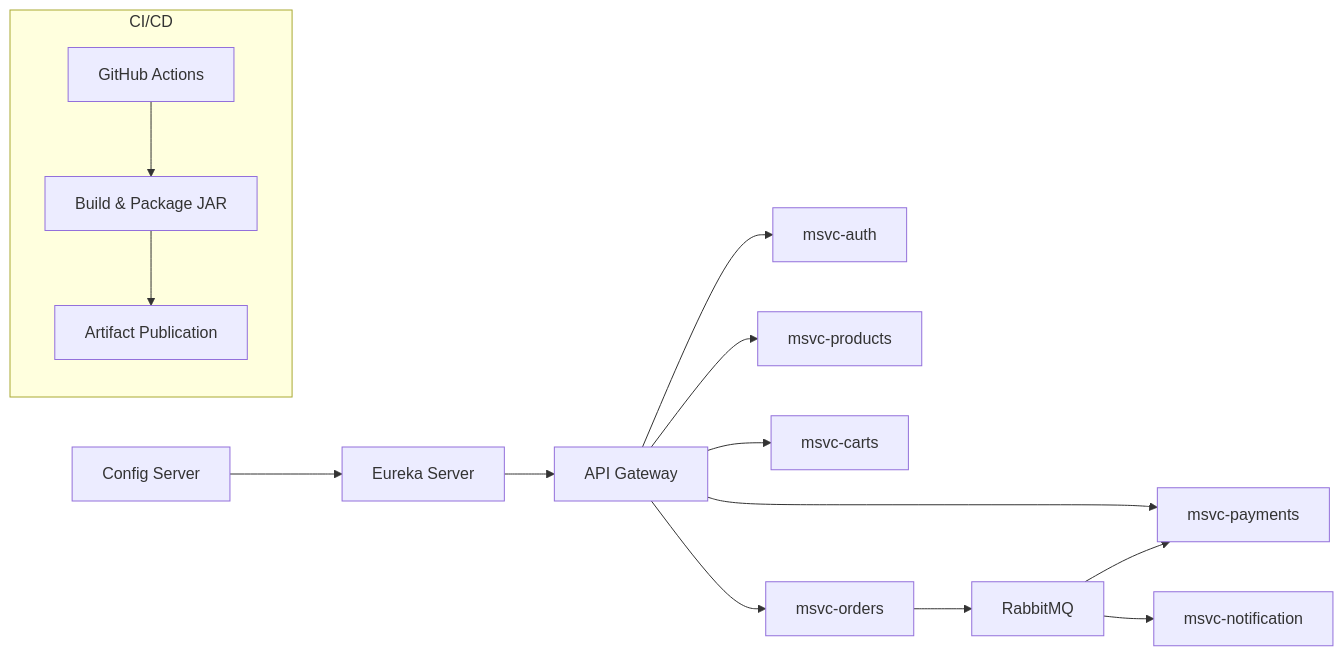
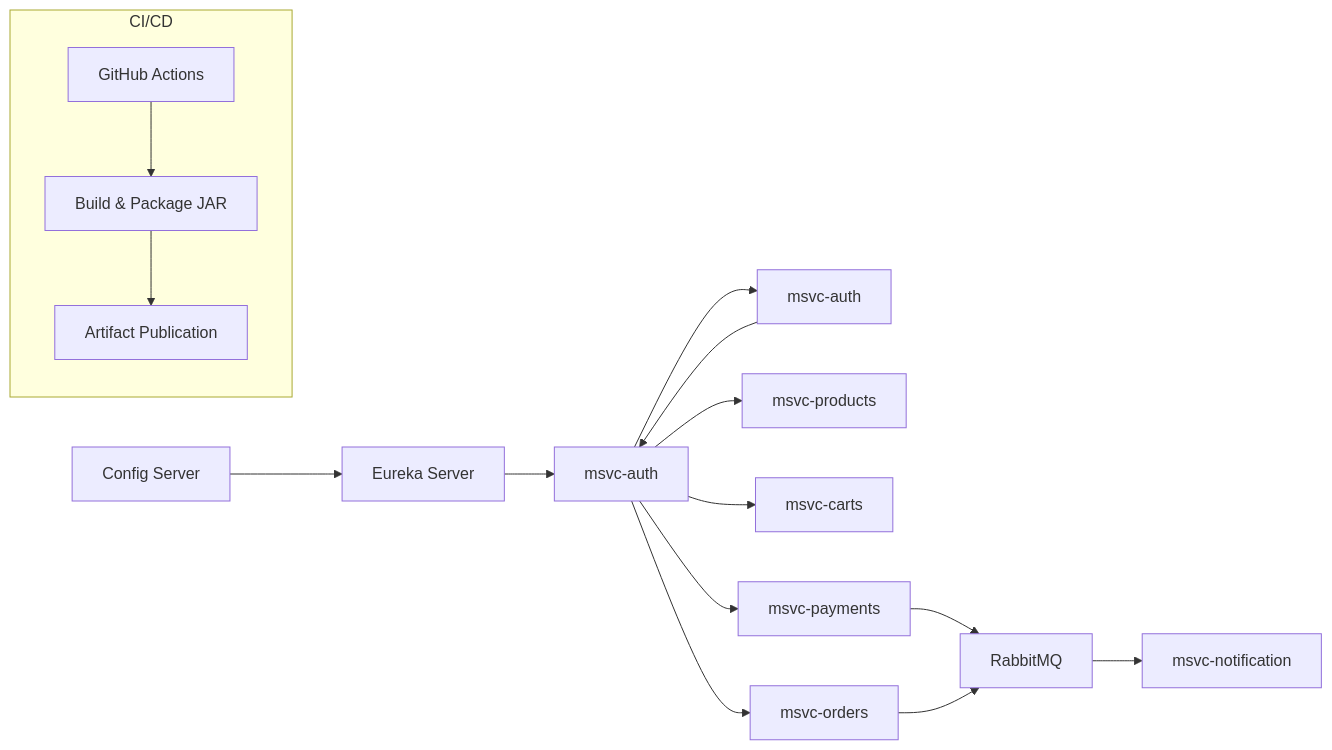
One commit to jp-codeAB/config-arka changed the diagram in Integracion_Continua.md. Above: the diagram before and after it, drawn with Mermaid.

Commit message:
Fix flowchart connections in Integracion_Continua.md
Corrected flow in the architecture diagram for msvc-auth and RabbitMQ interactions.

````diff
--- a/Integracion_Continua.md
+++ b/Integracion_Continua.md
@@ -106,17 +106,18 @@
 ```mermaid
 flowchart LR
     A[Config Server] --> B[Eureka Server]
     B --> C[API Gateway]
     C --> D[msvc-auth]
+    D --> C[msvc-auth]
     C --> E[msvc-products]
     C --> F[msvc-carts]
     C --> G[msvc-orders]
     C --> I[msvc-payments]
+    I --> H[RabbitMQ]
     G --> H[RabbitMQ]
-    H --> I[msvc-payments]
     H --> J[msvc-notification]
     subgraph CI/CD
       K[GitHub Actions] --> L[Build & Package JAR]
       L --> M[Artifact Publication]
     end
 ```
````
